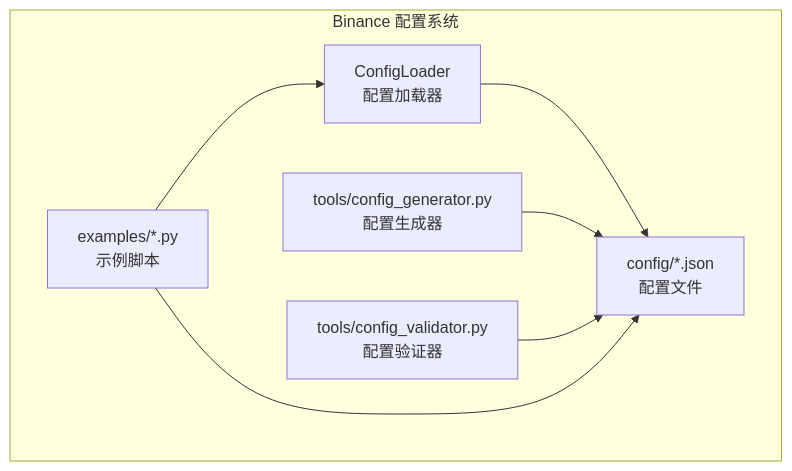
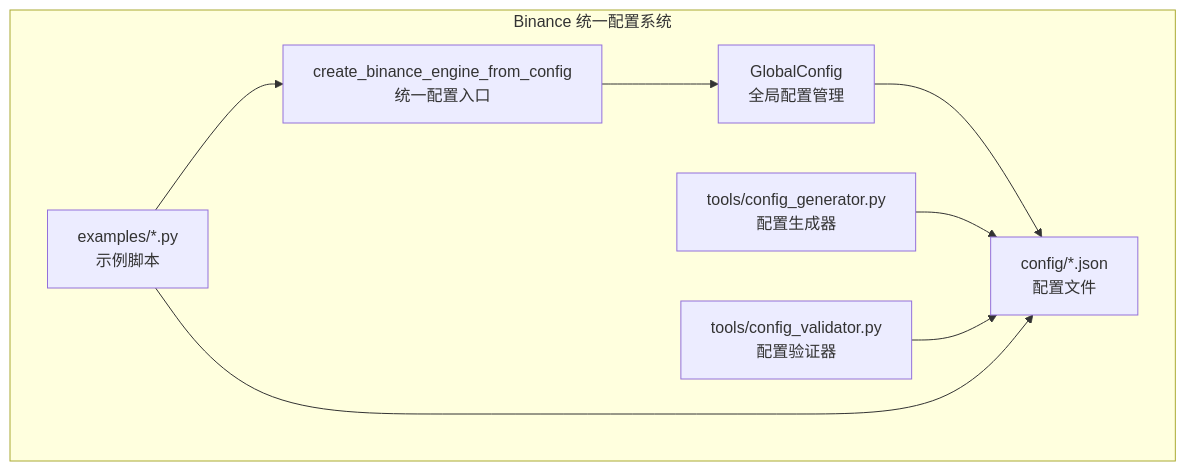
Before and after one commit to bench-prog/backtrader: the first of 5 diagrams in .qoder/repowiki/zh/content/实盘交易模块/Binance交易所集成/配置管理系统.md, drawn with Mermaid. The commit also changed other lines of this file and 4 other files, not shown here.

````diff
--- a/.qoder/repowiki/zh/content/实盘交易模块/Binance交易所集成/配置管理系统.md
+++ b/.qoder/repowiki/zh/content/实盘交易模块/Binance交易所集成/配置管理系统.md
@@ -43,15 +46,17 @@
 ```mermaid
 graph TB
-subgraph "Binance 配置系统"
-CL["ConfigLoader<br/>配置加载器"]
+subgraph "Binance 统一配置系统"
+CE["create_binance_engine_from_config<br/>统一配置入口"]
+GC["GlobalConfig<br/>全局配置管理"]
 CFG["config/*.json<br/>配置文件"]
 GEN["tools/config_generator.py<br/>配置生成器"]
 VAL["tools/config_validator.py<br/>配置验证器"]
 EX["examples/*.py<br/>示例脚本"]
 end
-CL --> CFG
+CE --> GC
+GC --> CFG
 GEN --> CFG
 VAL --> CFG
-EX --> CL
+EX --> CE
 EX --> CFG
 ```
````
